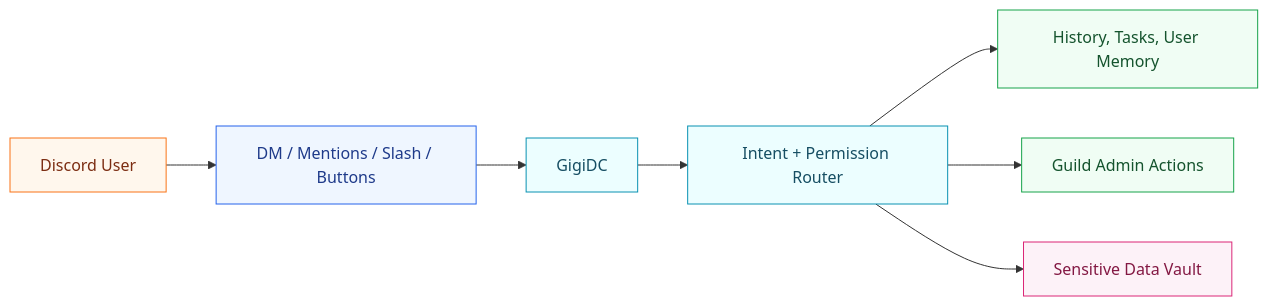
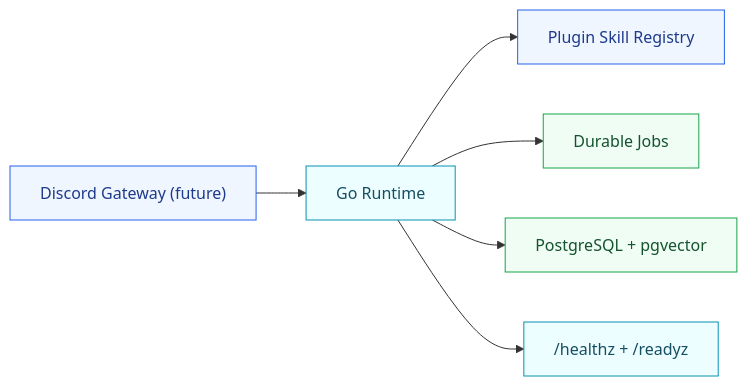
The diagram in README.md (gOps132/GigiDC), drawn with Mermaid before and after one commit. The commit also changed other lines of this file and 26 other files, not shown here.

````diff
--- a/README.md
+++ b/README.md
@@ -28,19 +25,14 @@
 ```mermaid
 flowchart LR
-    User["Discord User"] --> Surface["DM / Mentions / Slash / Buttons"]
-    Surface --> Gigi["GigiDC"]
-    Gigi --> Router["Intent + Permission Router"]
-    Router --> Memory["History, Tasks, User Memory"]
-    Router --> Admin["Guild Admin Actions"]
-    Router --> Secrets["Sensitive Data Vault"]
-    classDef person fill:#fff7ed,stroke:#f97316,color:#7c2d12;
-    classDef surface fill:#eff6ff,stroke:#2563eb,color:#1e3a8a;
+    Discord["Discord Gateway (future)"] --> App["Go Runtime"]
+    App --> Plugins["Plugin Skill Registry"]
+    App --> Jobs["Durable Jobs"]
+    App --> DB["PostgreSQL + pgvector"]
+    App --> Health["/healthz + /readyz"]
+    classDef future fill:#eff6ff,stroke:#2563eb,color:#1e3a8a;
     classDef core fill:#ecfeff,stroke:#0891b2,color:#164e63;
     classDef state fill:#f0fdf4,stroke:#16a34a,color:#14532d;
-    classDef secure fill:#fdf2f8,stroke:#db2777,color:#831843;
-    class User person;
-    class Surface surface;
-    class Gigi,Router core;
-    class Memory,Admin state;
-    class Secrets secure;
+    class Discord,Plugins future;
+    class App,Health core;
+    class Jobs,DB state;
 ```
````
